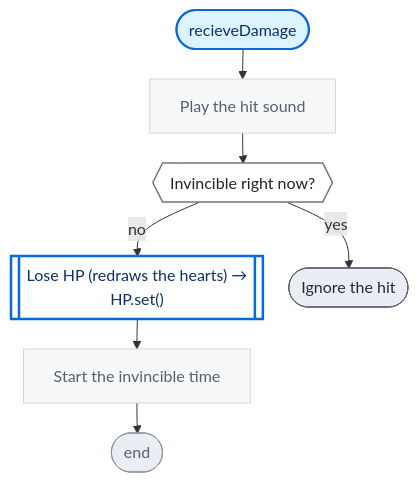
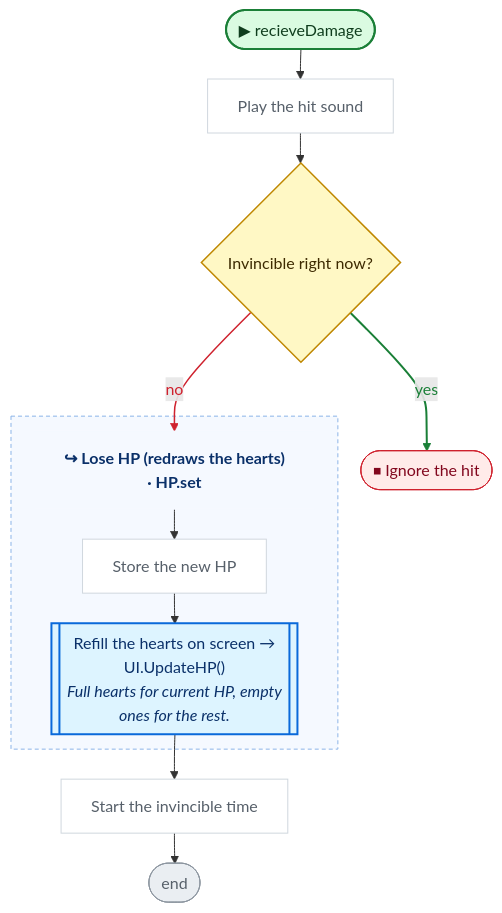
One commit to nataiai/Lord-of-the-Dungeon changed diagram 14 of 15 in CodeGraph~/graph/Player.cs.md. Above: the diagram before and after it, drawn with Mermaid. The commit also changed other lines of this file and 44 other files, not shown here.

````diff
--- a/CodeGraph~/graph/Player.cs.md
+++ b/CodeGraph~/graph/Player.cs.md
@@ -714,39 +834,56 @@
 ```mermaid
 ---
 config:
   flowchart:
     wrappingWidth: 260
     nodeSpacing: 26
     rankSpacing: 30
 ---
 flowchart TD
-  nS(["recieveDamage"])
+  nS(["▶ recieveDamage"])
   n699817["Play the hit sound"]
-  nae1302{{"Invincible right now?"}}
-  nd5bc76[["Lose HP (redraws the hearts) →<br>HP.set()"]]
+  nae1302{"Invincible right now?"}
+  nd5bc76_h["↪ Lose HP (redraws the hearts)<br>· HP.set"]
+  nd5bc76_n4250c3["Store the new HP"]
+  nd5bc76_n737072[["Refill the hearts on screen →<br>UI.UpdateHP()<br><i>Full hearts for current HP, empty</i><br><i>ones for the rest.</i>"]]
   na3ae39["Start the invincible time"]
   nE(["end"])
-  nb2e4fc(["Ignore the hit"])
+  nb2e4fc(["⏹ Ignore the hit"])
+  subgraph nd5bc76_g[" "]
+    nd5bc76_h
+    nd5bc76_n4250c3
+    nd5bc76_n737072
+  end
+  style nd5bc76_g fill:#f5f9ff,stroke:#8cb4e8,stroke-dasharray:4 3,color:#0a3069
   nS --> n699817
   n699817 --> nae1302
-  nae1302 -->|no| nd5bc76
+  nae1302 -->|no| nd5bc76_h
   nae1302 -->|yes| nb2e4fc
-  nd5bc76 --> na3ae39
   na3ae39 --> nE
-  classDef unity fill:#fff1c2,stroke:#9a6700,stroke-width:2px,color:#3b2300
-  classDef start fill:#ddf4ff,stroke:#0969da,stroke-width:2px,color:#0a3069
-  classDef calc fill:#f6f8fa,stroke:#d0d7de,color:#57606a
-  classDef calls fill:#ffffff,stroke:#0969da,stroke-width:2.5px,color:#0a3069
-  classDef cond fill:#ffffff,stroke:#6e7781,stroke-width:1.5px,color:#1f2328
-  classDef loop fill:#fbefff,stroke:#8250df,color:#3e1f79
-  classDef exit fill:#eaeef2,stroke:#57606a,color:#24292f
-  classDef wait fill:#fff8f0,stroke:#bc4c00,color:#4d1d00
+  nd5bc76_h --> nd5bc76_n4250c3
+  nd5bc76_n4250c3 --> nd5bc76_n737072
+  nd5bc76_n737072 --> na3ae39
+  linkStyle 2 stroke:#cf222e,stroke-width:1.5px,color:#cf222e
+  linkStyle 3 stroke:#1a7f37,stroke-width:2px,color:#1a7f37
+  classDef unity fill:#dafbe1,stroke:#1a7f37,stroke-width:2px,color:#0f3d1d
+  classDef start fill:#dafbe1,stroke:#1a7f37,stroke-width:2px,color:#0f3d1d
+  classDef calc fill:#ffffff,stroke:#d0d7de,color:#57606a
+  classDef calls fill:#ddf4ff,stroke:#0969da,stroke-width:2px,color:#0a3069
+  classDef ext fill:#ddf4ff,stroke:#0969da,stroke-width:2px,stroke-dasharray:5 3,color:#0a3069
+  classDef cond fill:#fff8c5,stroke:#bf8700,stroke-width:1.5px,color:#3d2a00
+  classDef loop fill:#f6f8fa,stroke:#57606a,color:#1f2328
+  classDef exit fill:#ffebe9,stroke:#cf222e,color:#82071e
+  classDef kill fill:#ffebe9,stroke:#cf222e,stroke-width:2px,color:#82071e
+  classDef spawn fill:#dafbe1,stroke:#1a7f37,stroke-width:2px,color:#0f3d1d
+  classDef wait fill:#fff1e5,stroke:#bc4c00,color:#4d1d00
   classDef fin fill:#eaeef2,stroke:#8c959f,color:#57606a
   classDef join fill:#d0d7de,stroke:#8c959f,color:#57606a
-  class n699817,na3ae39 calc
-  class nd5bc76 calls
+  classDef ghdr fill:#f5f9ff,stroke:#f5f9ff,color:#0a3069,font-weight:bold
+  class n699817,nd5bc76_n4250c3,na3ae39 calc
+  class nd5bc76_n737072 calls
   class nae1302 cond
   class nb2e4fc exit
   class nE fin
+  class nd5bc76_h ghdr
   class nS start
 ```
````
